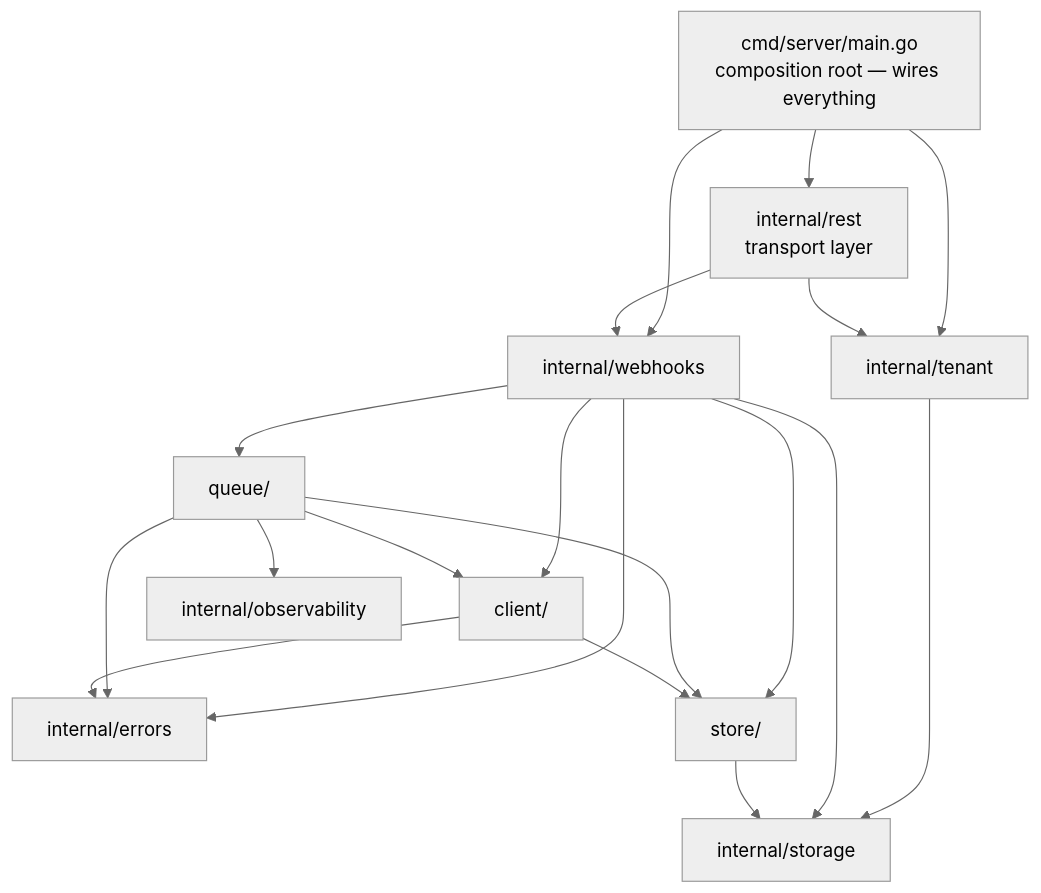
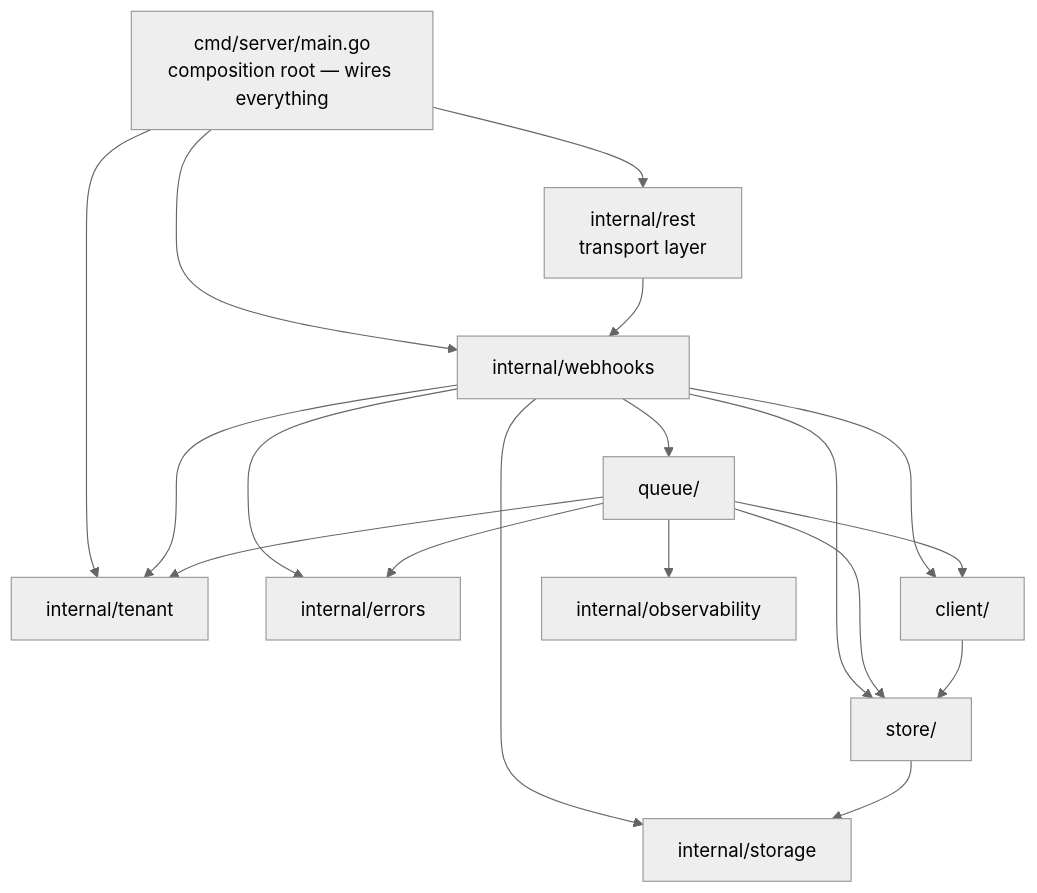
Before and after one commit to sarathsp06/sparrow: the fourth of 4 diagrams in docs/src/content/docs/reference/architecture.mdx, drawn with Mermaid (neutral theme). The commit also changed other lines of this file and 179 other files, not shown here.

````diff
--- a/docs/src/content/docs/reference/architecture.mdx
+++ b/docs/src/content/docs/reference/architecture.mdx
@@ -236,24 +236,23 @@
 ```mermaid
 flowchart TD
     accTitle: Package structure
-    accDescr: Package structure: cmd/server/main.go is the composition root wiring internal/tenant, internal/webhooks, and internal/rest. tenant depends on internal/storage; webhooks depends on internal/storage and internal/errors and contains store/ (internal/storage), queue/ (store, client, internal/errors, internal/observability), and client/ (store models, internal/errors); internal/rest is the transport layer over both domain packages. tenant and webhooks never import each other.
+    accDescr: Package structure: cmd/server/main.go is the composition root wiring internal/tenant, internal/webhooks, and internal/rest. tenant imports no other Sparrow package; webhooks imports tenant (for the default tenant ID and the reserved _sparrow consumer), internal/storage and internal/errors, and contains store/ (internal/storage, tenant), queue/ (store, client, tenant, internal/errors, internal/observability), and client/ (store models, internal/crypto); internal/rest is the transport layer over webhooks.
     Main["cmd/server/main.go<br>composition root — wires everything"]
     Main --> Tenant["internal/tenant"]
     Main --> Webhooks["internal/webhooks"]
     Main --> Rest["internal/rest<br>transport layer"]
-    Tenant --> Storage[internal/storage]
-    Webhooks --> Storage
+    Webhooks --> Tenant
+    Webhooks --> Storage[internal/storage]
     Webhooks --> Errors[internal/errors]
     Webhooks --> Store["store/"]
     Webhooks --> Queue["queue/"]
     Webhooks --> Client["client/"]
     Store --> Storage
     Queue --> Store
     Queue --> Client
+    Queue --> Tenant
     Queue --> Errors
     Queue --> Obs[internal/observability]
     Client --> Store
-    Client --> Errors
     Rest --> Webhooks
-    Rest --> Tenant
 ```
````
